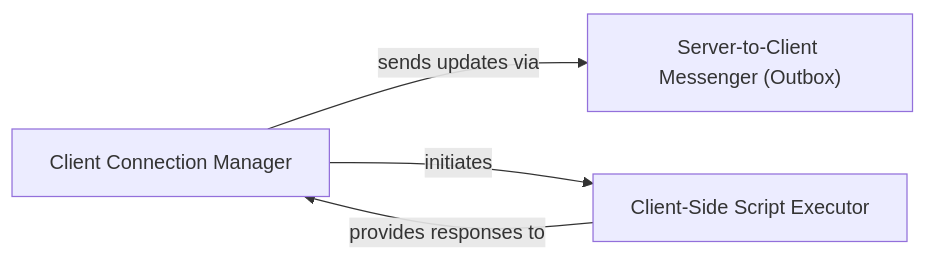
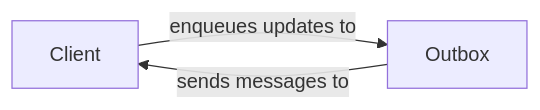
Before and after one commit to CodeBoarding/GeneratedOnBoardings: the diagram in nicegui/Client-Server Communication.md, drawn with Mermaid. The commit also changed other lines of this file and 16 other files, not shown here.

````diff
--- a/nicegui/Client-Server Communication.md
+++ b/nicegui/Client-Server Communication.md
@@ -1,9 +1,7 @@
 ```mermaid
 graph LR
-    Client_Connection_Manager["Client Connection Manager"]
-    Server_to_Client_Messenger_Outbox_["Server-to-Client Messenger (Outbox)"]
-    Client_Side_Script_Executor["Client-Side Script Executor"]
-    Client_Connection_Manager -- "sends updates via" --> Server_to_Client_Messenger_Outbox_
-    Client_Connection_Manager -- "initiates" --> Client_Side_Script_Executor
-    Client_Side_Script_Executor -- "provides responses to" --> Client_Connection_Manager
+    Client["Client"]
+    Outbox["Outbox"]
+    Client -- "enqueues updates to" --> Outbox
+    Outbox -- "sends messages to" --> Client
 ```
````
